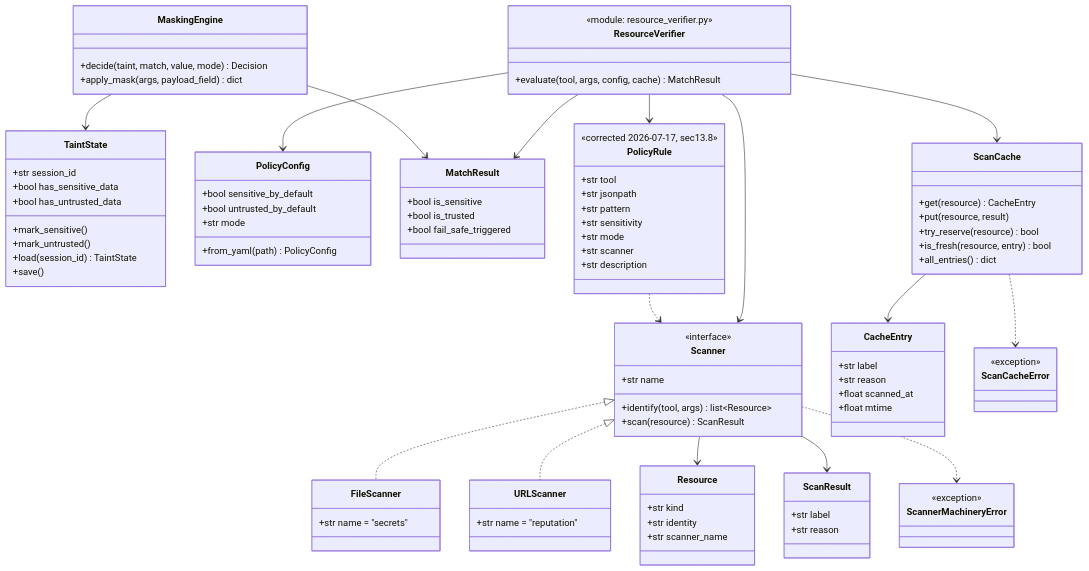
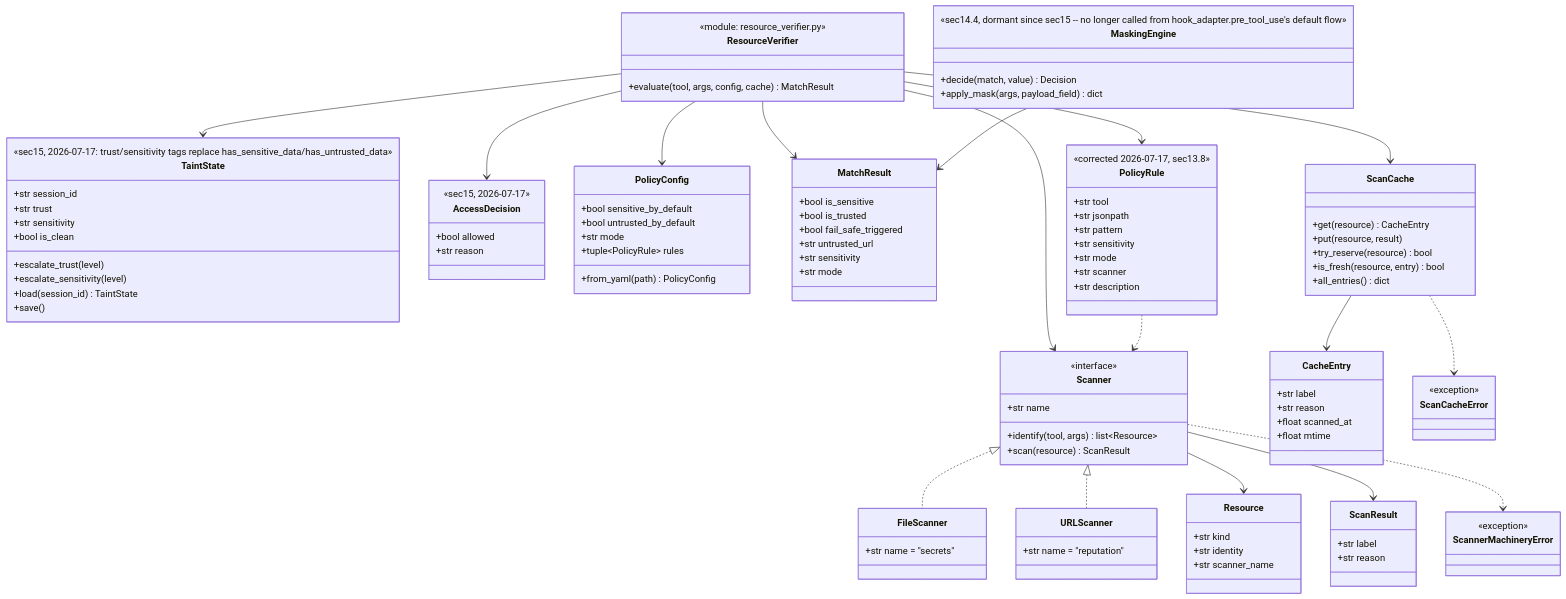
One commit to drusifer/Scalene changed the second of 5 diagrams in docs/ARCHITECTURE.md. Above: the diagram before and after it, drawn with Mermaid. The commit also changed other lines of this file and 55 other files, not shown here.

````diff
--- a/docs/ARCHITECTURE.md
+++ b/docs/ARCHITECTURE.md
@@ -42,24 +42,35 @@
 ```mermaid
 classDiagram
     class TaintState {
+        <<sec15, 2026-07-17: trust/sensitivity tags replace has_sensitive_data/has_untrusted_data>>
         +str session_id
-        +bool has_sensitive_data
-        +bool has_untrusted_data
-        +mark_sensitive()
-        +mark_untrusted()
+        +str trust
+        +str sensitivity
+        +bool is_clean
+        +escalate_trust(level)
+        +escalate_sensitivity(level)
         +load(session_id) TaintState
         +save()
+    }
+    class AccessDecision {
+        <<sec15, 2026-07-17>>
+        +bool allowed
+        +str reason
     }
     class PolicyConfig {
         +bool sensitive_by_default
         +bool untrusted_by_default
         +str mode
+        +tuple~PolicyRule~ rules
         +from_yaml(path) PolicyConfig
     }
     class MatchResult {
         +bool is_sensitive
         +bool is_trusted
         +bool fail_safe_triggered
+        +str untrusted_url
+        +str sensitivity
+        +str mode
     }
     class ResourceVerifier {
         <<module: resource_verifier.py>>
@@ -116,7 +127,8 @@
         <<exception>>
     }
     class MaskingEngine {
-        +decide(taint, match, value, mode) Decision
+        <<sec14.4, dormant since sec15 -- no longer called from hook_adapter.pre_tool_use's default flow>>
+        +decide(match, value) Decision
         +apply_mask(args, payload_field) dict
     }
     Scanner <|.. FileScanner
@@ -129,9 +141,10 @@
     ResourceVerifier --> PolicyConfig
     ResourceVerifier --> PolicyRule
     ResourceVerifier --> MatchResult
+    ResourceVerifier --> TaintState
+    ResourceVerifier --> AccessDecision
     PolicyRule ..> Scanner
     ScanCache --> CacheEntry
     ScanCache ..> ScanCacheError
     MaskingEngine --> MatchResult
-    MaskingEngine --> TaintState
 ```
````
